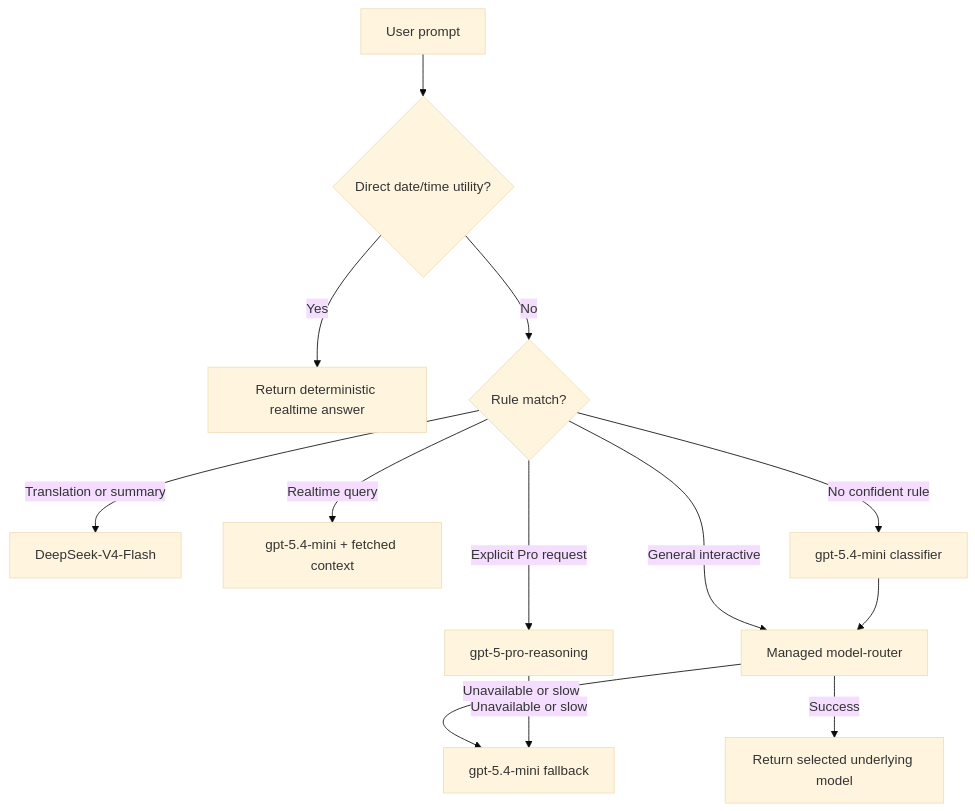
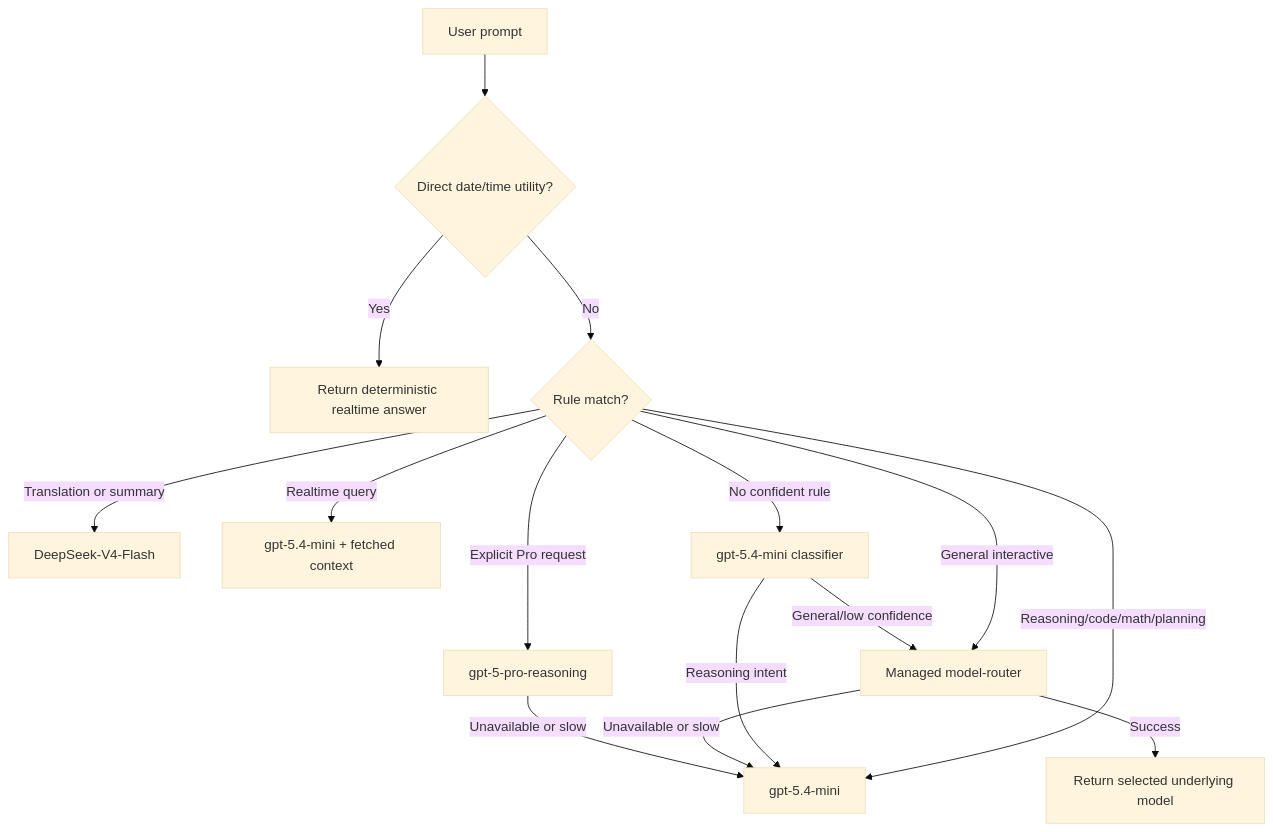
One commit to dilgamme/ms-tech-demo1 changed the second of 5 diagrams in SOLUTION_ARCHITECTURE.md. Above: the diagram before and after it, drawn with Mermaid (base theme). The commit also changed other lines of this file and 3 other files, not shown here.

Commit message:
Route reasoning prompts through GPT mini

````diff
--- a/SOLUTION_ARCHITECTURE.md
+++ b/SOLUTION_ARCHITECTURE.md
@@ -281,15 +281,17 @@
 ```mermaid
 flowchart TD
     Prompt[User prompt] --> Utility{Direct date/time utility?}
     Utility -->|Yes| Direct[Return deterministic realtime answer]
     Utility -->|No| Rules{Rule match?}
     Rules -->|Translation or summary| DeepSeek[DeepSeek-V4-Flash]
     Rules -->|Explicit Pro request| Pro[gpt-5-pro-reasoning]
     Rules -->|Realtime query| Realtime[gpt-5.4-mini + fetched context]
+    Rules -->|Reasoning/code/math/planning| Mini[gpt-5.4-mini]
     Rules -->|General interactive| Managed[Managed model-router]
     Rules -->|No confident rule| Classifier[gpt-5.4-mini classifier]
-    Classifier --> Managed
+    Classifier -->|Reasoning intent| Mini
+    Classifier -->|General/low confidence| Managed
     Managed -->|Success| Selected[Return selected underlying model]
-    Managed -->|Unavailable or slow| Mini[gpt-5.4-mini fallback]
+    Managed -->|Unavailable or slow| Mini
     Pro -->|Unavailable or slow| Mini
 ```
````
